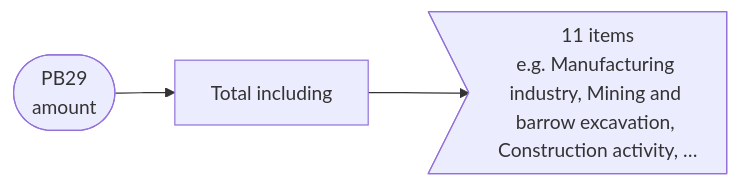
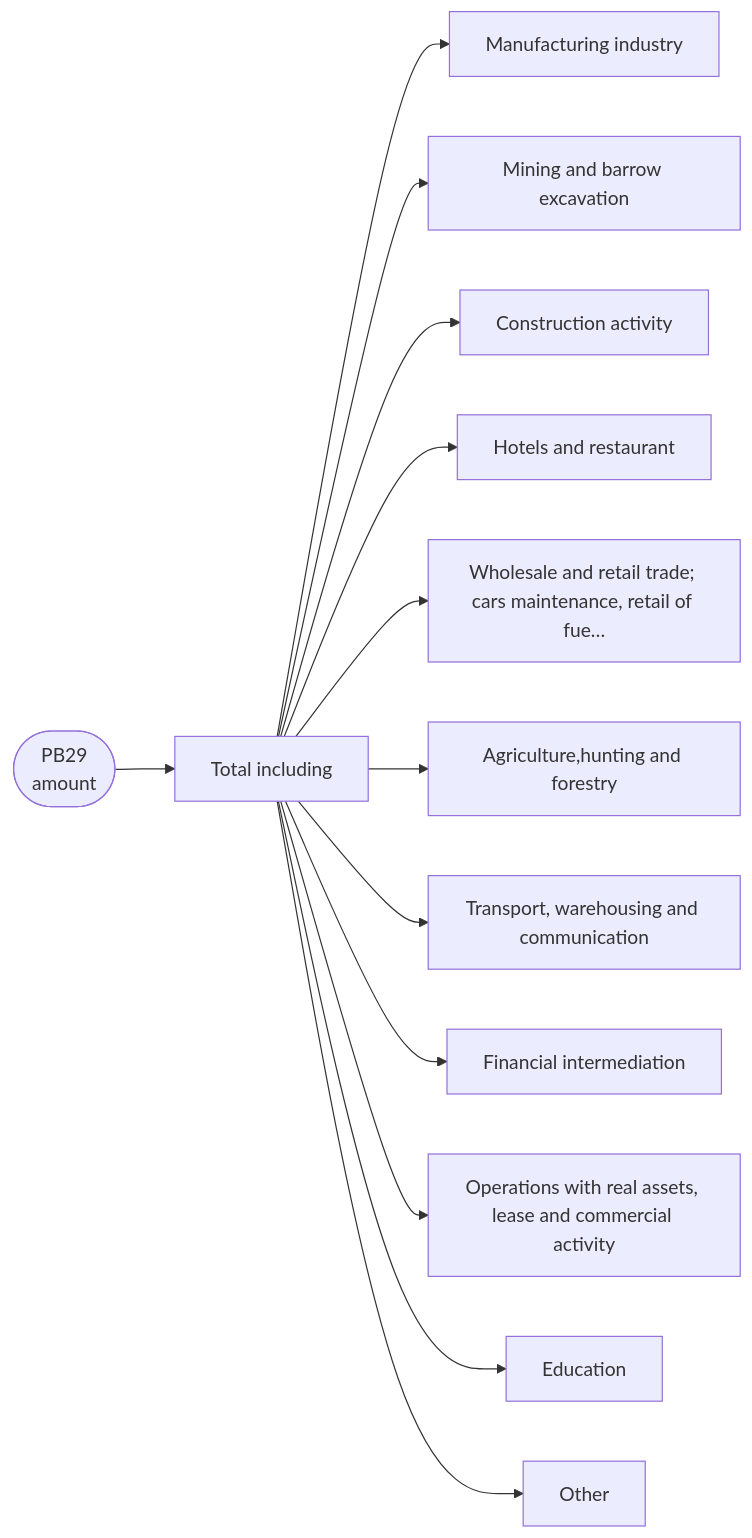
Diagram 34 of 36 in pb_leaf_indicators.md (firdavsKh/AgentCursor), drawn with Mermaid before and after one commit. The commit also changed other lines of this file and 1 other file, not shown here.

````diff
--- a/pb_leaf_indicators.md
+++ b/pb_leaf_indicators.md
@@ -2887,8 +3419,28 @@
 ```mermaid
 flowchart LR
   pb29(["PB29<br/>amount"])
   pb29_1["Total including"]
   pb29 --> pb29_1
-  pb29_1_2>"11 items<br/>e.g. Manufacturing industry, Mining and barrow excavation, Construction activity, …"]
+  pb29_1_2["Manufacturing industry"]
   pb29_1 --> pb29_1_2
+  pb29_1_3["Mining and barrow excavation"]
+  pb29_1 --> pb29_1_3
+  pb29_1_4["Construction activity"]
+  pb29_1 --> pb29_1_4
+  pb29_1_5["Hotels and restaurant"]
+  pb29_1 --> pb29_1_5
+  pb29_1_6["Wholesale and retail trade; cars maintenance, retail of fue…"]
+  pb29_1 --> pb29_1_6
+  pb29_1_7["Agriculture,hunting and forestry"]
+  pb29_1 --> pb29_1_7
+  pb29_1_8["Transport, warehousing and communication"]
+  pb29_1 --> pb29_1_8
+  pb29_1_9["Financial intermediation"]
+  pb29_1 --> pb29_1_9
+  pb29_1_10["Operations with real assets, lease and commercial activity"]
+  pb29_1 --> pb29_1_10
+  pb29_1_11["Education"]
+  pb29_1 --> pb29_1_11
+  pb29_1_12["Other"]
+  pb29_1 --> pb29_1_12
 ```
````
